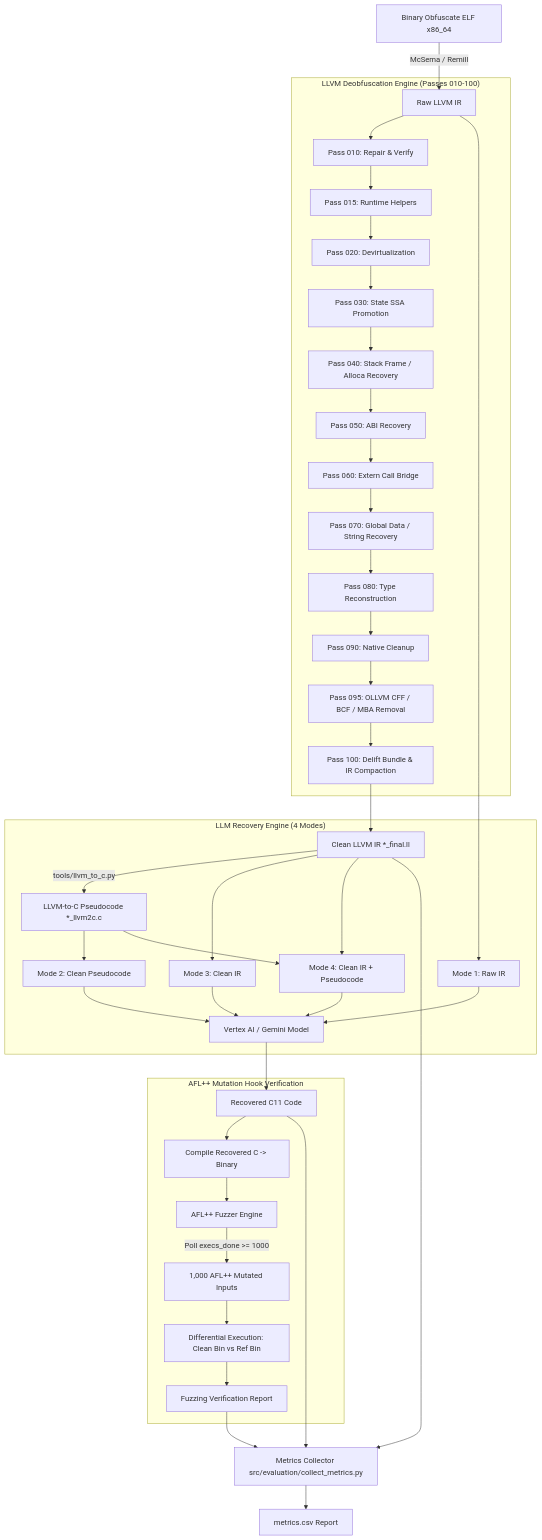
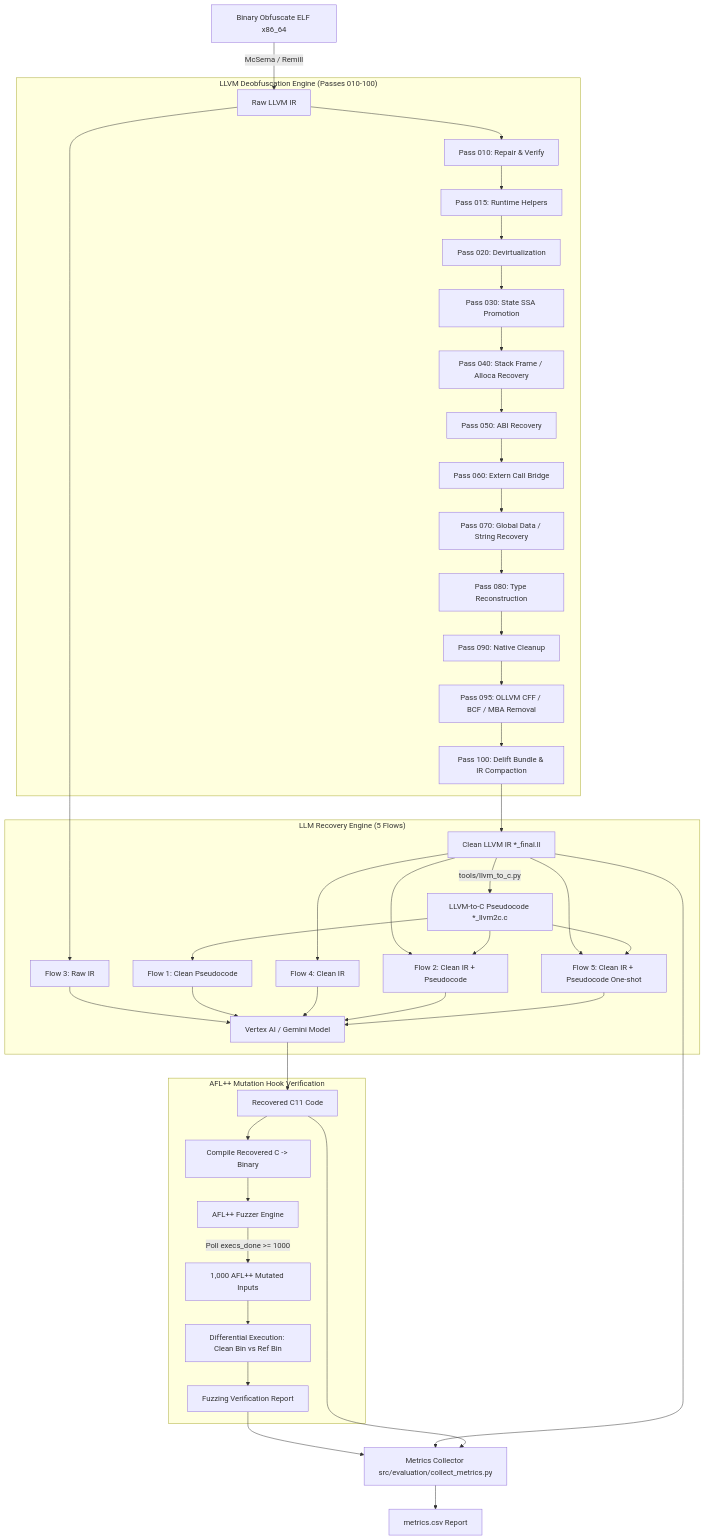
The diagram in README.md (dungkkk7/capstone_project), drawn with Mermaid before and after one commit. The commit also changed other lines of this file, not shown here.

Commit message:
docs(readme): update pipeline documentation to reflect 5 execution flows including flow 5 one-shot

````diff
--- a/README.md
+++ b/README.md
@@ -37,44 +37,45 @@
 ```mermaid
 flowchart TD
     A[Binary Obfuscate ELF x86_64] -->|McSema / Remill| B[Raw LLVM IR]
     
     subgraph Deobfuscation_Engine ["LLVM Deobfuscation Engine (Passes 010-100)"]
         B --> P10[Pass 010: Repair & Verify]
         P10 --> P15[Pass 015: Runtime Helpers]
         P15 --> P20[Pass 020: Devirtualization]
         P20 --> P30[Pass 030: State SSA Promotion]
         P30 --> P40[Pass 040: Stack Frame / Alloca Recovery]
         P40 --> P50[Pass 050: ABI Recovery]
         P50 --> P60[Pass 060: Extern Call Bridge]
         P60 --> P70[Pass 070: Global Data / String Recovery]
         P70 --> P80[Pass 080: Type Reconstruction]
         P80 --> P90[Pass 090: Native Cleanup]
         P90 --> P95[Pass 095: OLLVM CFF / BCF / MBA Removal]
         P95 --> P100[Pass 100: Delift Bundle & IR Compaction]
     end
 
     P100 --> C[Clean LLVM IR *_final.ll]
     C -->|tools/llvm_to_c.py| D[LLVM-to-C Pseudocode *_llvm2c.c]
 
-    subgraph LLM_Recovery_Engine ["LLM Recovery Engine (4 Modes)"]
-        C --> Mode3[Mode 3: Clean IR]
-        D --> Mode2[Mode 2: Clean Pseudocode]
-        B --> Mode1[Mode 1: Raw IR]
-        C & D --> Mode4[Mode 4: Clean IR + Pseudocode]
+    subgraph LLM_Recovery_Engine ["LLM Recovery Engine (5 Flows)"]
+        C --> Mode3[Flow 4: Clean IR]
+        D --> Mode2[Flow 1: Clean Pseudocode]
+        B --> Mode1[Flow 3: Raw IR]
+        C & D --> Mode4[Flow 2: Clean IR + Pseudocode]
+        C & D --> Mode5[Flow 5: Clean IR + Pseudocode One-shot]
         
-        Mode1 & Mode2 & Mode3 & Mode4 --> LLM[Vertex AI / Gemini Model]
+        Mode1 & Mode2 & Mode3 & Mode4 & Mode5 --> LLM[Vertex AI / Gemini Model]
     end
 
     LLM --> E[Recovered C11 Code]
 
     subgraph Verification_Engine ["AFL++ Mutation Hook Verification"]
         E --> Comp[Compile Recovered C -> Binary]
         Comp --> AFL[AFL++ Fuzzer Engine]
         AFL -->|Poll execs_done >= 1000| Inputs[1,000 AFL++ Mutated Inputs]
         Inputs --> DiffExec[Differential Execution: Clean Bin vs Ref Bin]
         DiffExec --> FuzzReport[Fuzzing Verification Report]
     end
 
     FuzzReport & C & E --> Eval[Metrics Collector src/evaluation/collect_metrics.py]
     Eval --> CSV[metrics.csv Report]
 ```
````
